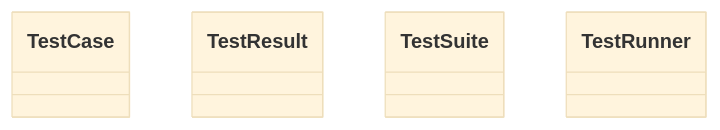
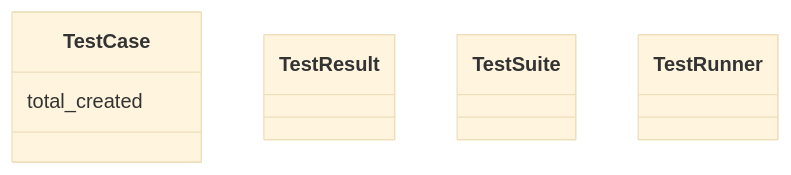
The diagram in Week1-Git-Python/Wednesday/exercise_oop/class_hierarchy.mermaid (TRNG-00002423/Jackson-Champion), drawn with Mermaid (base theme) before and after one commit.

```diff
--- a/Week1-Git-Python/Wednesday/exercise_oop/class_hierarchy.mermaid
+++ b/Week1-Git-Python/Wednesday/exercise_oop/class_hierarchy.mermaid
@@ -1,22 +1,23 @@
 classDiagram
     class TestCase {
         %% TODO: Add class attributes
+        total_created
         %% TODO: Add instance attributes
         %% TODO: Add methods
     }
 
     class TestResult {
         %% TODO: Add attributes
         %% TODO: Add methods
     }
 
     class TestSuite {
         %% TODO: Add attributes
         %% TODO: Add methods
     }
 
     class TestRunner {
         %% TODO: Add methods
     }
 
     %% TODO: Define relationships between classes
```
